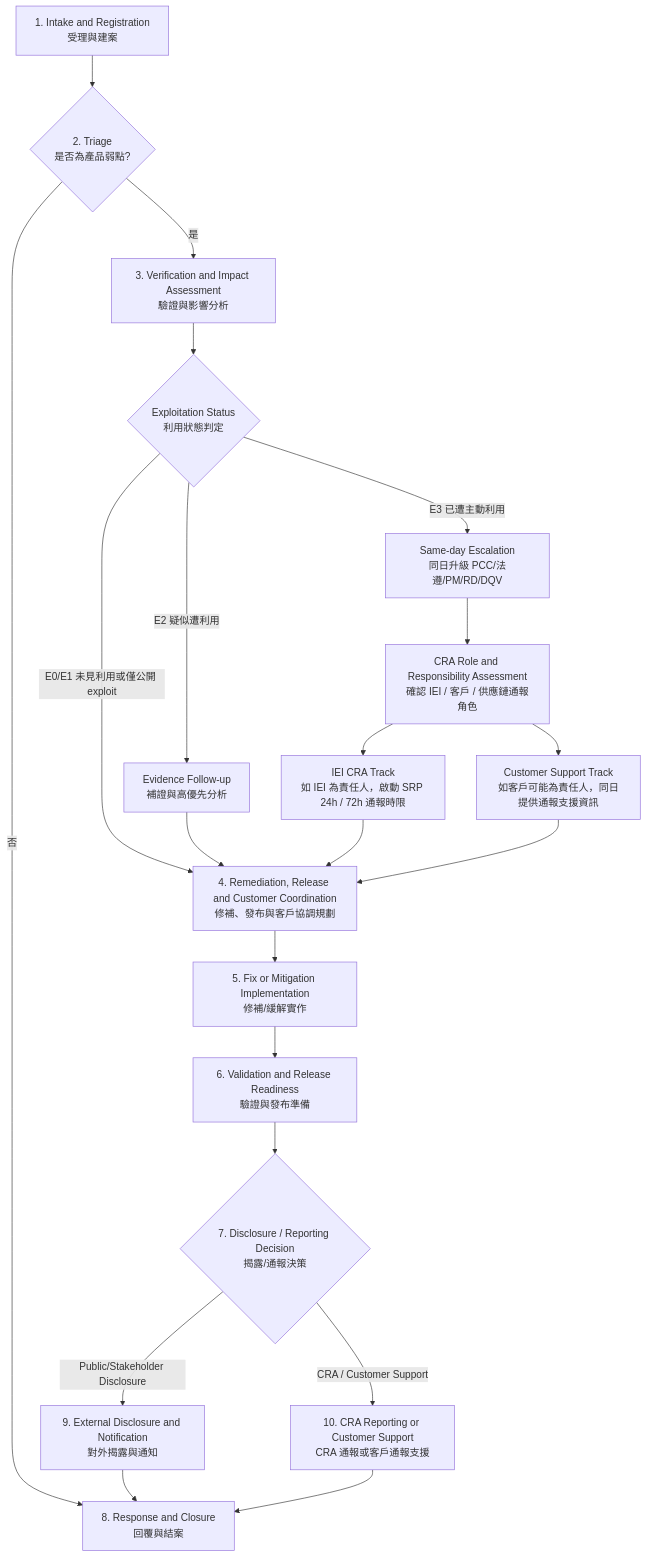
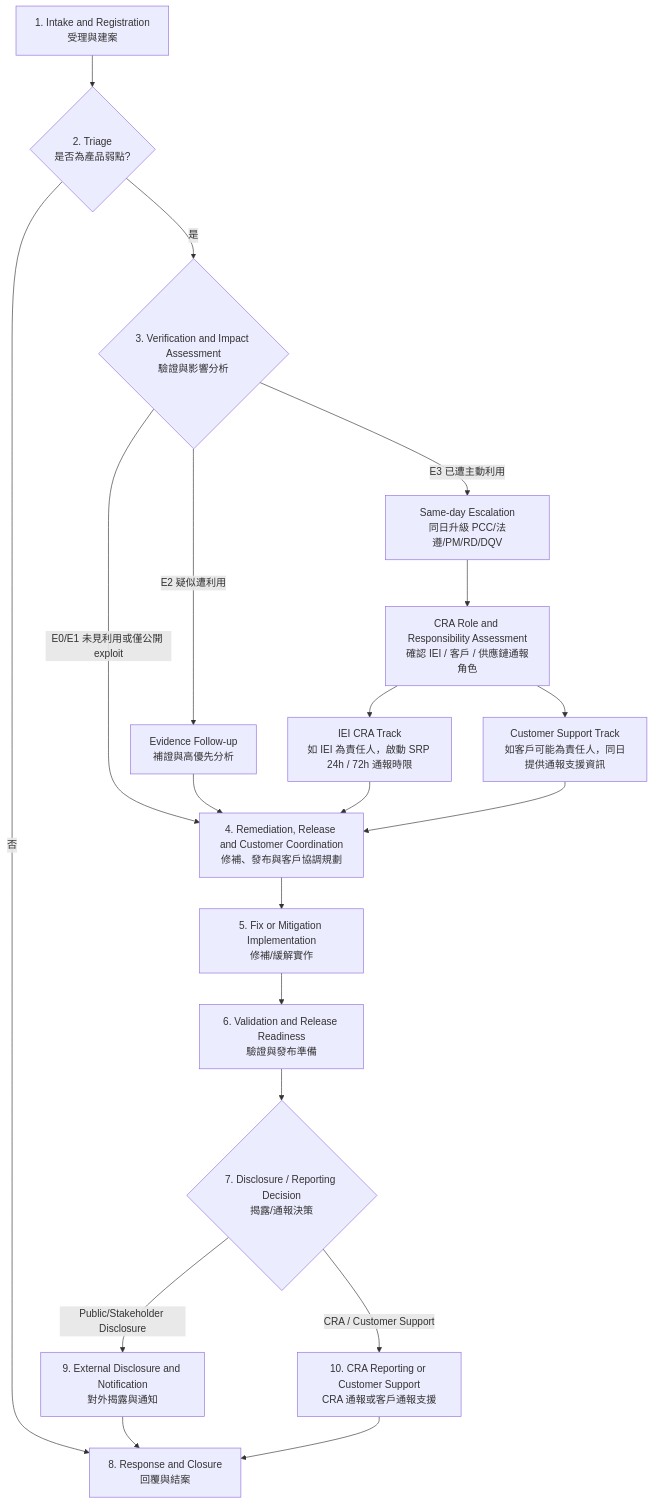
Before and after one commit to stanleyshuang/corepoint: the diagram in doc/L2-01_vulnerability-handling-and-disclosure-process.md, drawn with Mermaid.

Commit message:
draft L2-01 v0.4.2

````diff
--- a/doc/L2-01_vulnerability-handling-and-disclosure-process.md
+++ b/doc/L2-01_vulnerability-handling-and-disclosure-process.md
@@ -122,23 +122,22 @@
 ```mermaid
 flowchart TD
     A[1. Intake and Registration<br/>受理與建案] --> B{2. Triage<br/>是否為產品弱點?}
     B -- 否 --> H[8. Response and Closure<br/>回覆與結案]
-    B -- 是 --> C[3. Verification and Impact Assessment<br/>驗證與影響分析]
-    C --> X{Exploitation Status<br/>利用狀態判定}
+    B -- 是 --> X{3. Verification and Impact Assessment<br/>驗證與影響分析}
     X -- E3 已遭主動利用 --> Y[Same-day Escalation<br/>同日升級 PCC/法遵/PM/RD/DQV]
     X -- E2 疑似遭利用 --> W[Evidence Follow-up<br/>補證與高優先分析]
     X -- E0/E1 未見利用或僅公開 exploit --> D[4. Remediation, Release and Customer Coordination<br/>修補、發布與客戶協調規劃]
     W --> D
     Y --> R[CRA Role and Responsibility Assessment<br/>確認 IEI / 客戶 / 供應鏈通報角色]
     R --> Z1[IEI CRA Track<br/>如 IEI 為責任人，啟動 SRP 24h / 72h 通報時限]
     R --> Z2[Customer Support Track<br/>如客戶可能為責任人，同日提供通報支援資訊]
     Z1 --> D
     Z2 --> D
     D --> E[5. Fix or Mitigation Implementation<br/>修補/緩解實作]
     E --> F[6. Validation and Release Readiness<br/>驗證與發布準備]
     F --> G{7. Disclosure / Reporting Decision<br/>揭露/通報決策}
     G -->|Public/Stakeholder Disclosure| I[9. External Disclosure and Notification<br/>對外揭露與通知]
     G -->|CRA / Customer Support| J[10. CRA Reporting or Customer Support<br/>CRA 通報或客戶通報支援]
     I --> H
     J --> H
 ```
````
